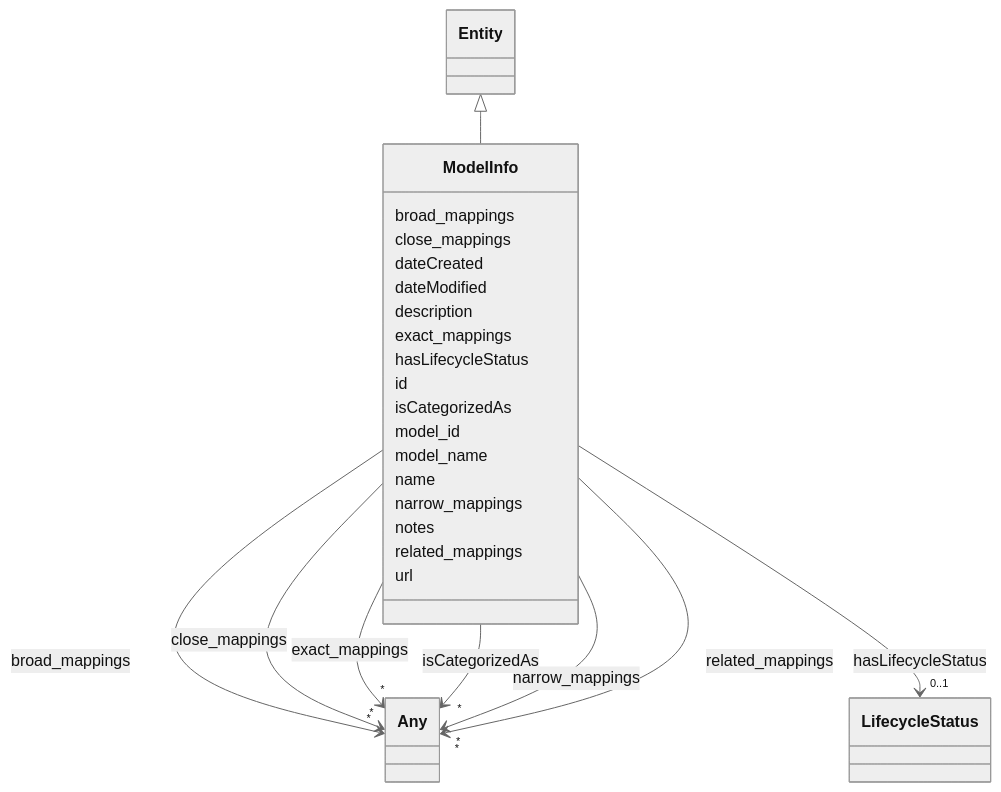
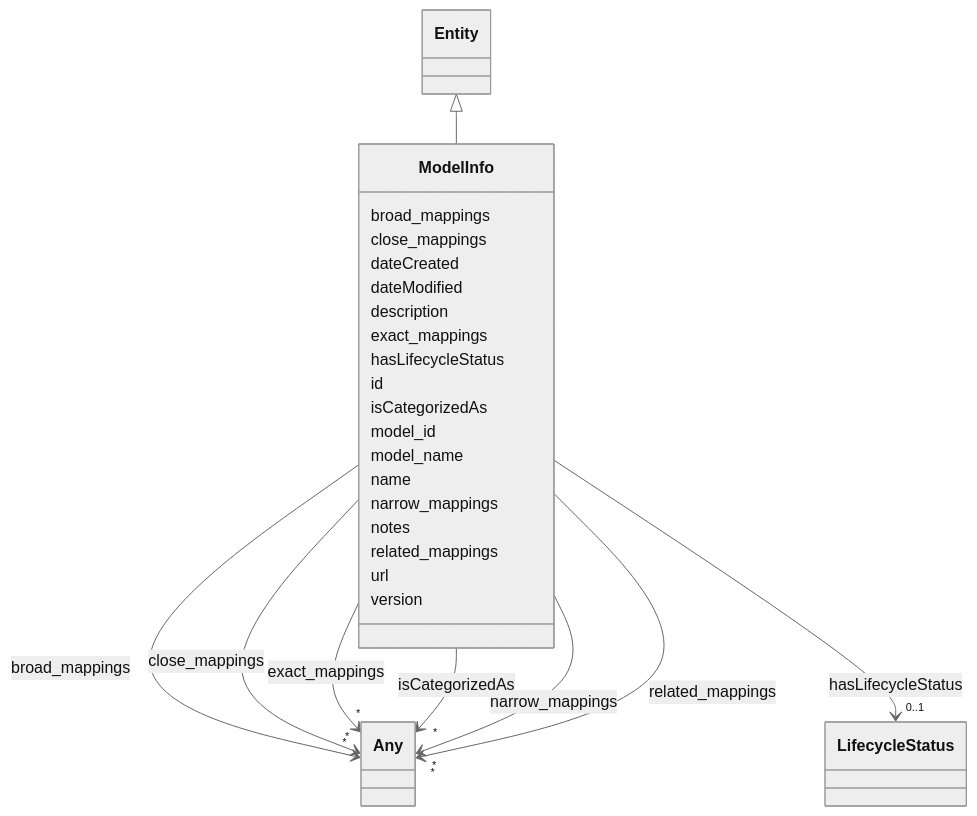
The diagram in docs/ontology/ModelInfo.md (IBM/ai-atlas-nexus), drawn with Mermaid (neutral theme) before and after one commit. The commit also changed other lines of this file and 101 other files, not shown here.

````diff
--- a/docs/ontology/ModelInfo.md
+++ b/docs/ontology/ModelInfo.md
@@ -113,5 +113,7 @@
 
       ModelInfo : url
 
+      ModelInfo : version
+
 
 ```
````
